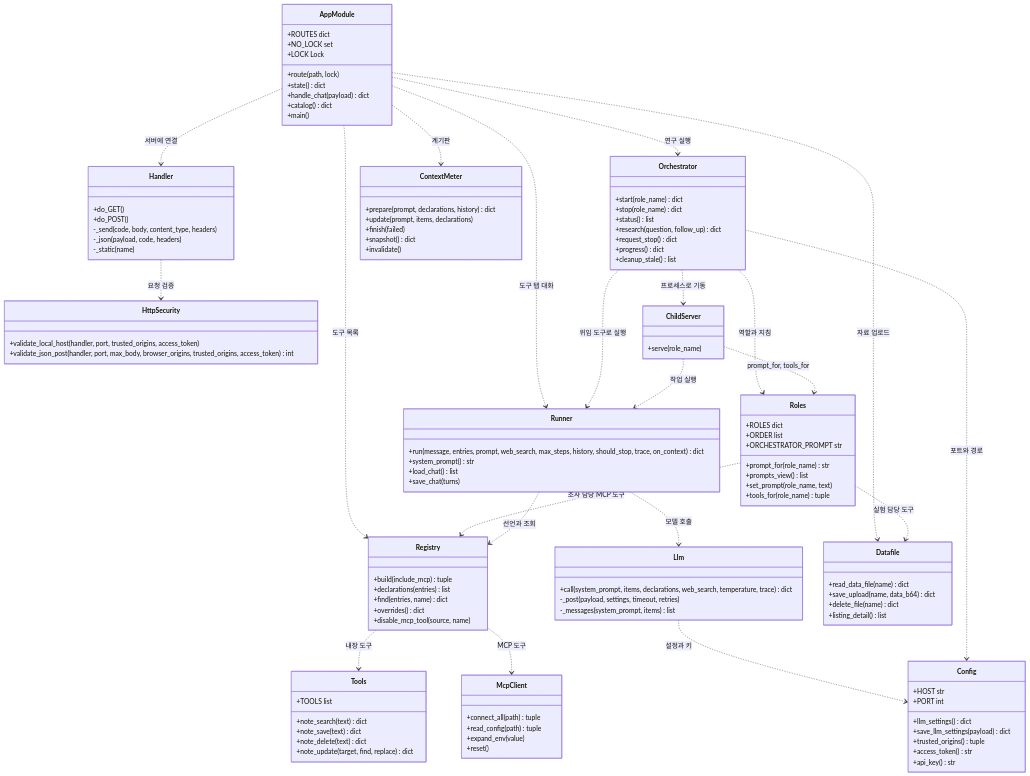
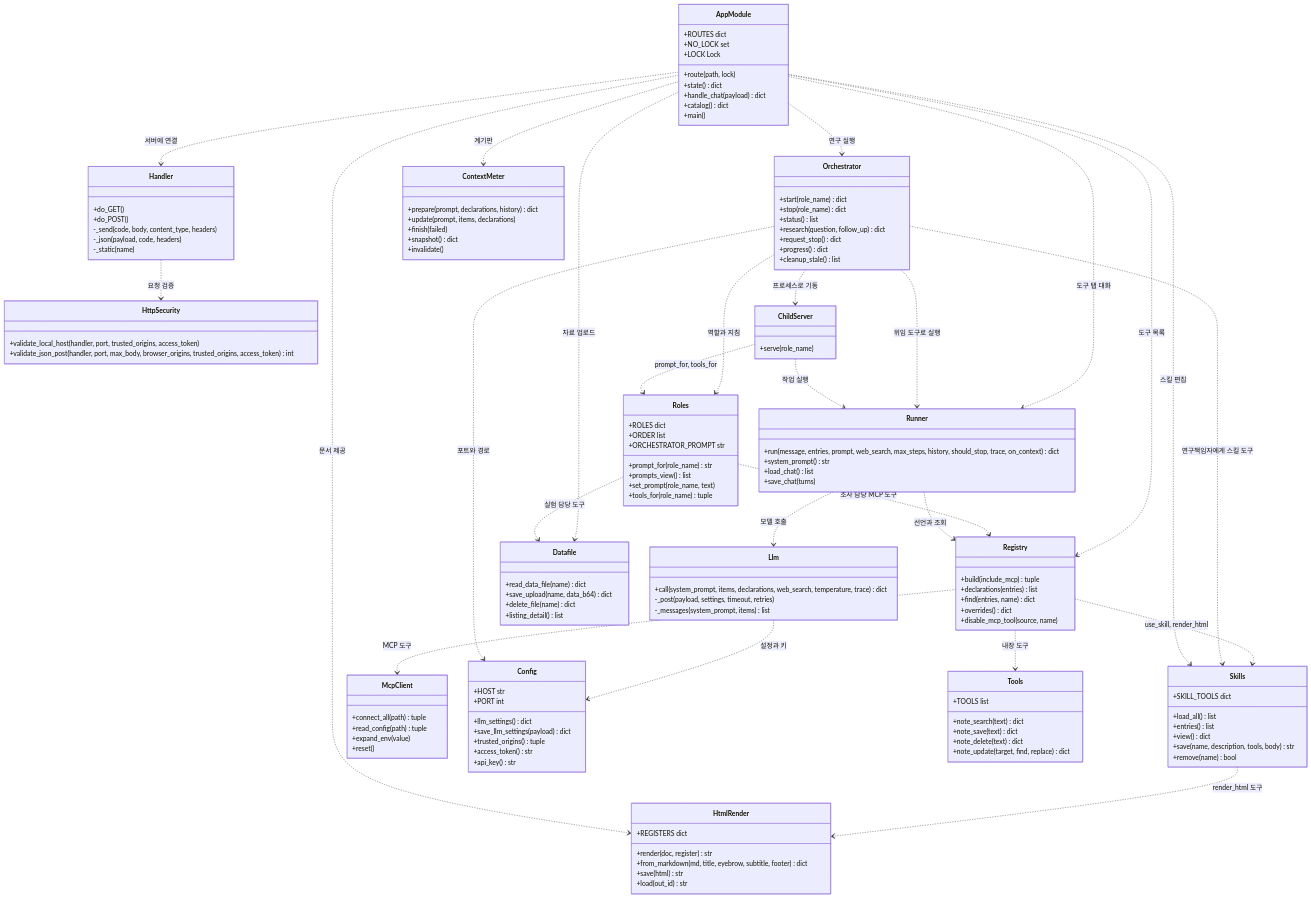
One commit to suhwanju-ai/PersonalAgent changed the first of 4 diagrams in documents/class-diagram.md. Above: the diagram before and after it, drawn with Mermaid. The commit also changed other lines of this file and 9 other files, not shown here.

````diff
--- a/documents/class-diagram.md
+++ b/documents/class-diagram.md
@@ -53,6 +53,21 @@
         +find(entries, name) dict
         +overrides() dict
         +disable_mcp_tool(source, name)
+    }
+    class Skills {
+        +SKILL_TOOLS dict
+        +load_all() list
+        +entries() list
+        +view() dict
+        +save(name, description, tools, body) str
+        +remove(name) bool
+    }
+    class HtmlRender {
+        +REGISTERS dict
+        +render(doc, register) str
+        +from_markdown(md, title, eyebrow, subtitle, footer) dict
+        +save(html) str
+        +load(out_id) str
     }
     class Llm {
         +call(system_prompt, items, declarations, web_search, temperature, trace) dict
@@ -120,6 +135,11 @@
     Runner ..> Registry : 선언과 조회
     Registry ..> Tools : 내장 도구
     Registry ..> McpClient : MCP 도구
+    Registry ..> Skills : use_skill, render_html
+    Skills ..> HtmlRender : render_html 도구
+    Orchestrator ..> Skills : 연구책임자에게 스킬 도구
+    AppModule ..> Skills : 스킬 편집
+    AppModule ..> HtmlRender : 문서 제공
     Llm ..> Config : 설정과 키
     Orchestrator ..> Config : 포트와 경로
 ```
````
